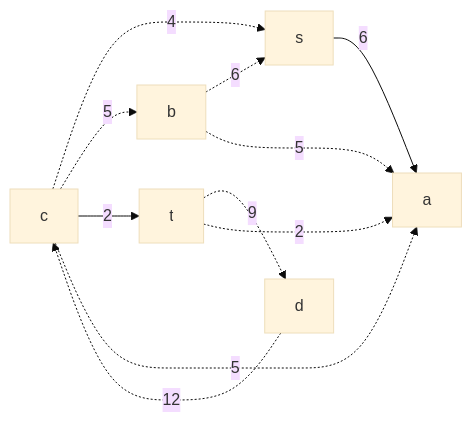
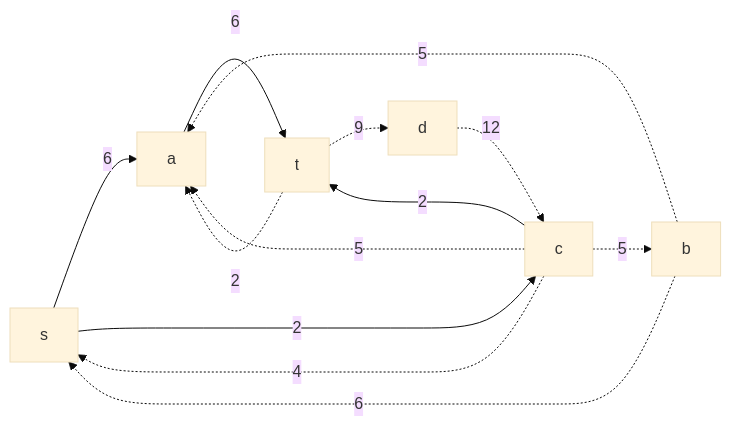
Before and after one commit to hse-algo-24-raven/manual-tasks-raven: the eighth of 14 diagrams in task-9/tbd-v2.md, drawn with Mermaid (base theme). The commit also changed other lines of this file, not shown here.

Commit message:
graphs fix

````diff
--- a/task-9/tbd-v2.md
+++ b/task-9/tbd-v2.md
@@ -126,13 +130,15 @@
 ```mermaid
 graph LR
     s-->|6|a
     b-.->|6|s
     c-.->|4|s
+    s-->|2|c
     b-.->|5|a
     c-.->|5|b
     d-.->|12|c
     c-->|2|t
     t-.->|9|d
     c-.->|5|a
     t-.->|2|a
+    a-->|6|t
 ```
````
